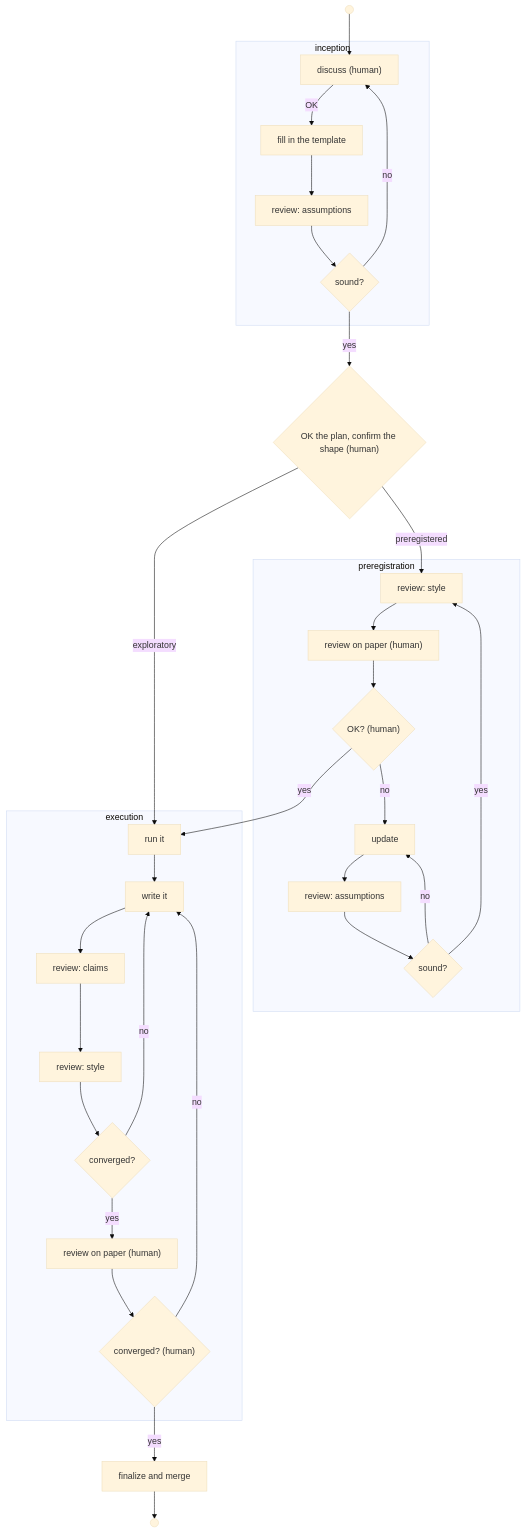
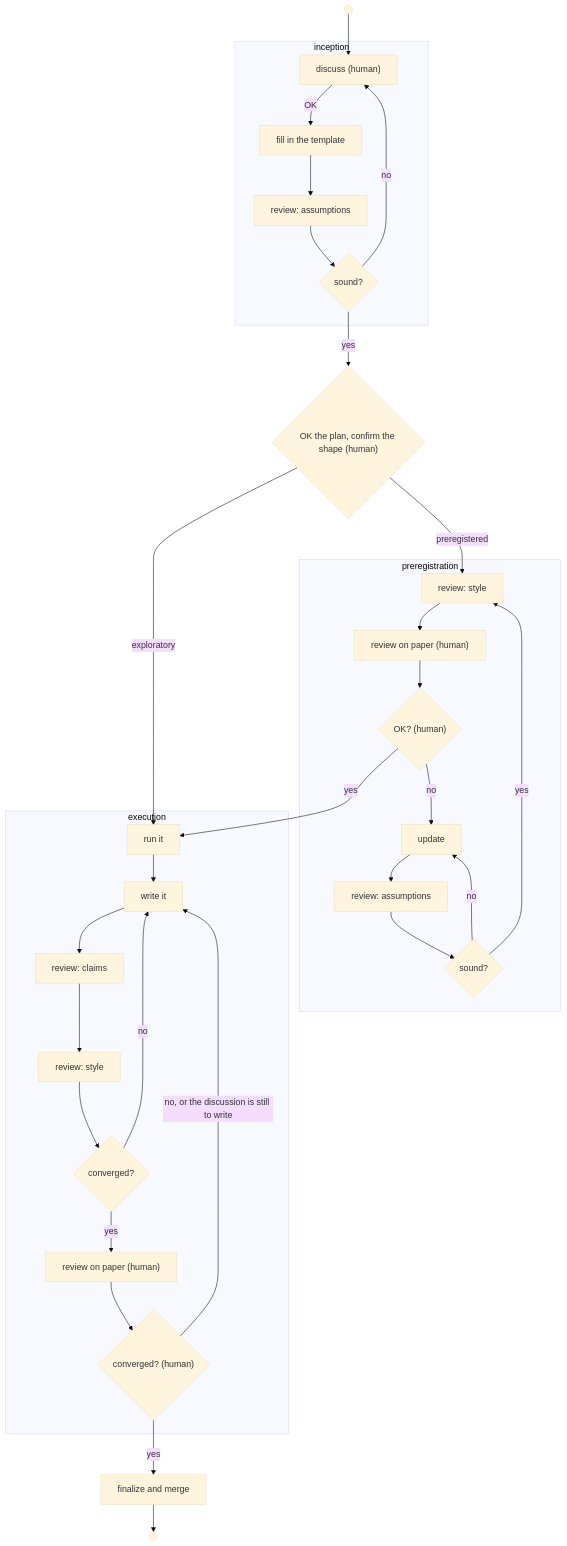
The diagram in .agents/skills/science/SKILL.md (z0u/sca2), drawn with Mermaid (base theme) before and after one commit. The commit also changed other lines of this file and 7 other files, not shown here.

````diff
--- a/.agents/skills/science/SKILL.md
+++ b/.agents/skills/science/SKILL.md
@@ -11,35 +11,35 @@
 ```mermaid
 flowchart TD
   start(( )) --> discuss
   subgraph inception
     discuss["discuss (human)"] -->|"OK"| fill["fill in the template"]
     fill --> ra1["review: assumptions"]
     ra1 --> sound1{"sound?"}
     sound1 -->|no| discuss
   end
   sound1 -->|yes| shape{"OK the plan, confirm the shape (human)"}
   shape -->|exploratory| run
   shape -->|preregistered| rs0
   subgraph prereg ["preregistration"]
     update["update"] --> ra2["review: assumptions"]
     ra2 --> sound2{"sound?"}
     sound2 -->|no| update
     sound2 -->|yes| rs0["review: style"]
     rs0 --> hp["review on paper (human)"]
     hp --> ok{"OK? (human)"}
     ok -->|no| update
   end
   ok -->|yes| run
   subgraph execution
     run["run it"] --> write["write it"]
     write --> rc["review: claims"]
     rc --> rs["review: style"]
     rs --> conv1{"converged?"}
     conv1 -->|no| write
     conv1 -->|yes| hr["review on paper (human)"]
     hr --> conv2{"converged? (human)"}
-    conv2 -->|no| write
+    conv2 -->|"no, or the discussion is still to write"| write
   end
   conv2 -->|yes| merge["finalize and merge"]
   merge --> stop(( ))
 ```
````
